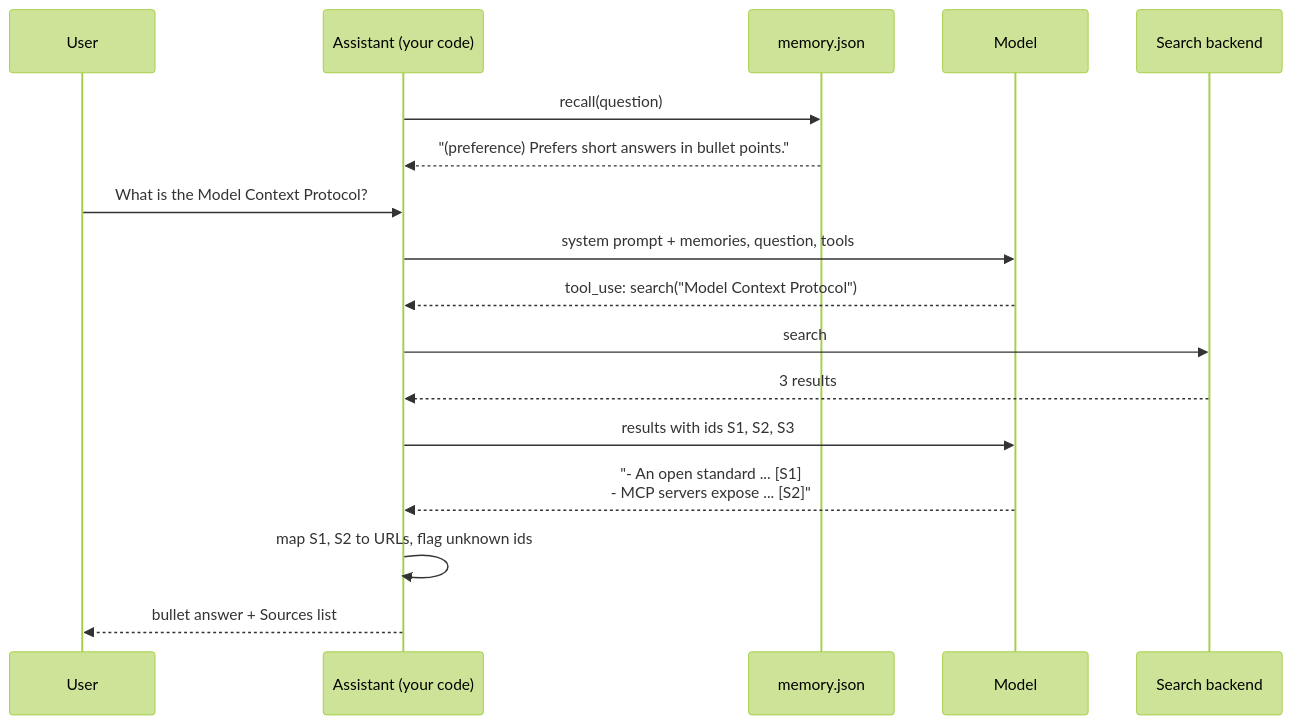
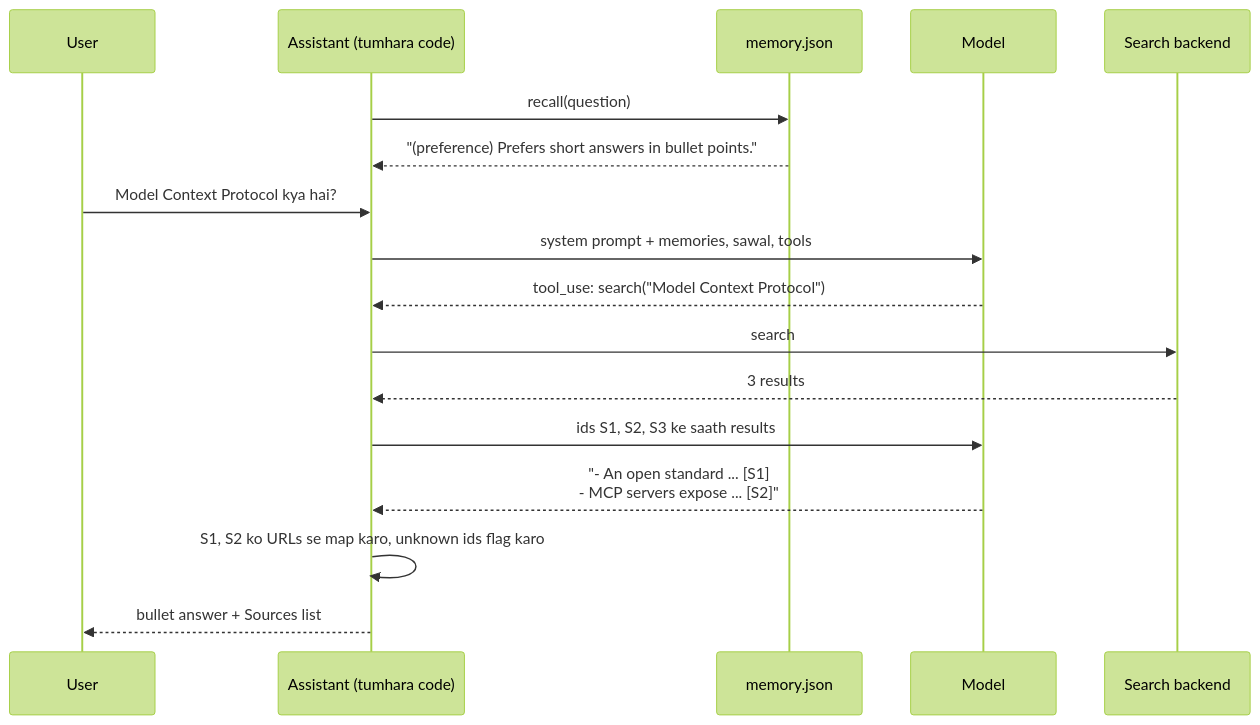
One commit to asmustechno/agentic-ai-notes changed the diagram in docs/18-projects/18.2-project-2-research-assistant.md. Above: the diagram before and after it, drawn with Mermaid (forest theme). The commit also changed other lines of this file and 135 other files, not shown here.

````diff
--- a/docs/18-projects/18.2-project-2-research-assistant.md
+++ b/docs/18-projects/18.2-project-2-research-assistant.md
@@ -68,19 +68,19 @@
 ```mermaid
 sequenceDiagram
     participant U as User
-    participant A as Assistant (your code)
+    participant A as Assistant (tumhara code)
     participant F as memory.json
     participant M as Model
     participant S as Search backend
     A->>F: recall(question)
     F-->>A: "(preference) Prefers short answers in bullet points."
-    U->>A: What is the Model Context Protocol?
-    A->>M: system prompt + memories, question, tools
+    U->>A: Model Context Protocol kya hai?
+    A->>M: system prompt + memories, sawal, tools
     M-->>A: tool_use: search("Model Context Protocol")
     A->>S: search
     S-->>A: 3 results
-    A->>M: results with ids S1, S2, S3
+    A->>M: ids S1, S2, S3 ke saath results
     M-->>A: "- An open standard ... [S1]<br/>- MCP servers expose ... [S2]"
-    A->>A: map S1, S2 to URLs, flag unknown ids
+    A->>A: S1, S2 ko URLs se map karo, unknown ids flag karo
     A-->>U: bullet answer + Sources list
 ```
````
